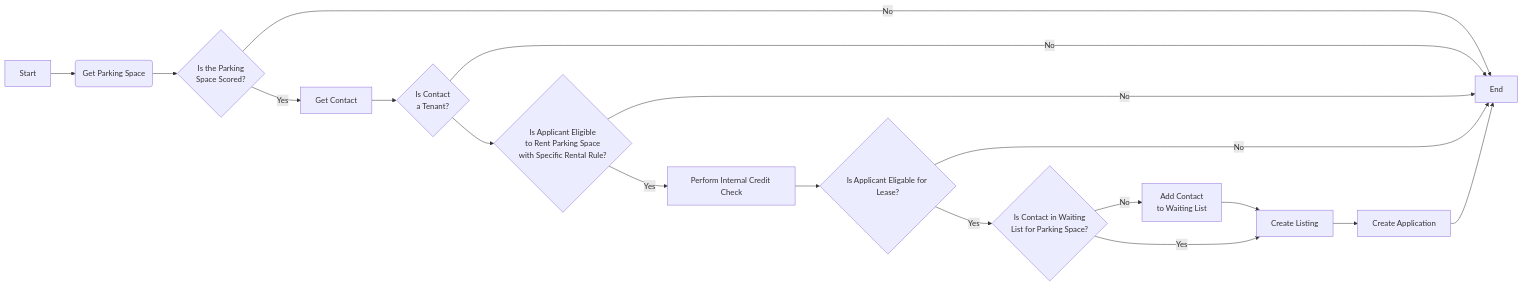
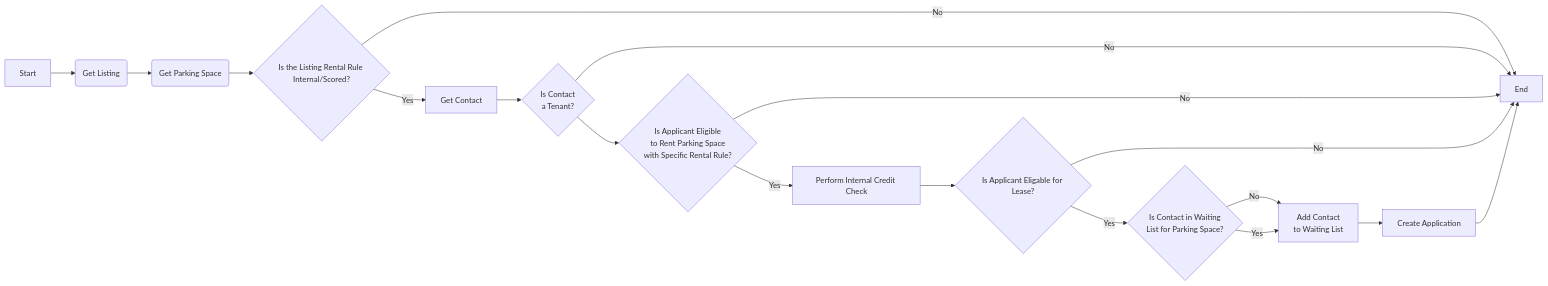
The first of 2 diagrams in core/src/processes/parkingspaces/internal/DOCS_Create_Note_of_Interest_for_Scored_Parking_Space.md (Bostads-AB-Mimer/onecore), drawn with Mermaid before and after one commit. The commit also changed other lines of this file, not shown here.

````diff
--- a/core/src/processes/parkingspaces/internal/DOCS_Create_Note_of_Interest_for_Scored_Parking_Space.md
+++ b/core/src/processes/parkingspaces/internal/DOCS_Create_Note_of_Interest_for_Scored_Parking_Space.md
@@ -5,20 +5,20 @@
 ```mermaid
 flowchart LR
-A[Start] -->B(Get Parking Space)
-B --> C{Is the Parking<br/>Space Scored?}
+A[Start] -->B(Get Listing)
+B --> R(Get Parking Space)
+R --> C{Is the Listing Rental Rule Internal/Scored?}
 C --> |No| O
 C --> |Yes| D[Get Contact]
 D --> E{Is Contact<br/>a Tenant?}
 E --> |No| O[End]
 E --> F{Is Applicant Eligible <br/>to Rent Parking Space <br/>with Specific Rental Rule?}
 F --> |No| O
 F --> |Yes| P[Perform Internal Credit Check]
 P --> Q{Is Applicant Eligable for Lease?}
 Q --> |No| O
 Q --> |Yes| H{Is Contact in Waiting<br/>List for Parking Space?}
 H --> |No| I[Add Contact<br/>to Waiting List]
-I --> J[Create Listing]
-J --> K[Create Application]
-H --> |Yes| J
+I --> K[Create Application]
+H --> |Yes| I
 K --> O
 ```
````
